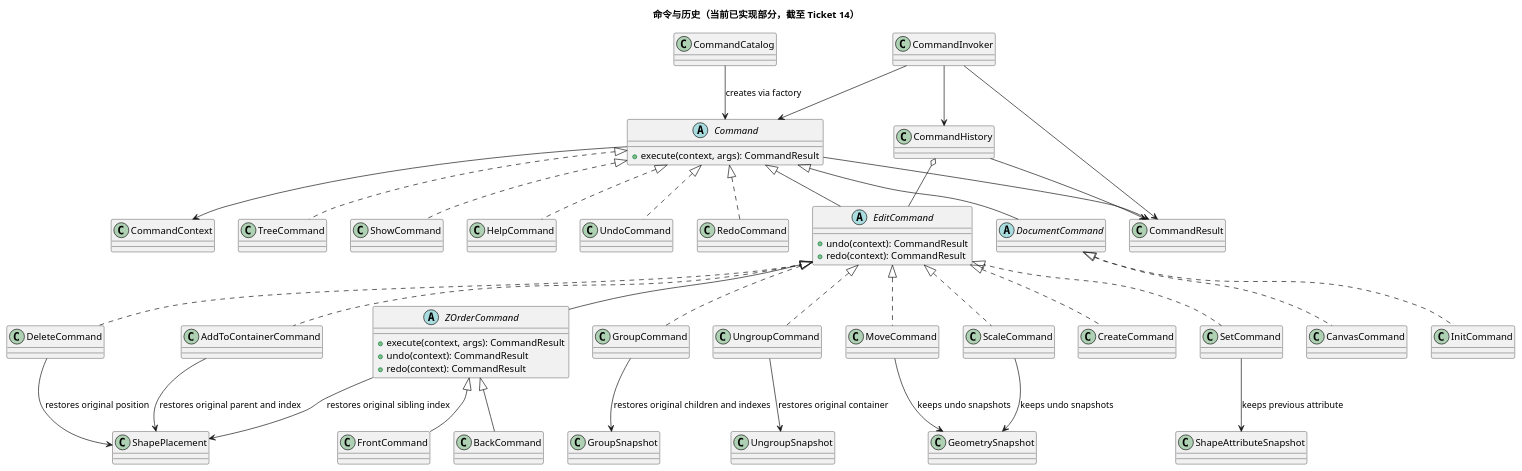
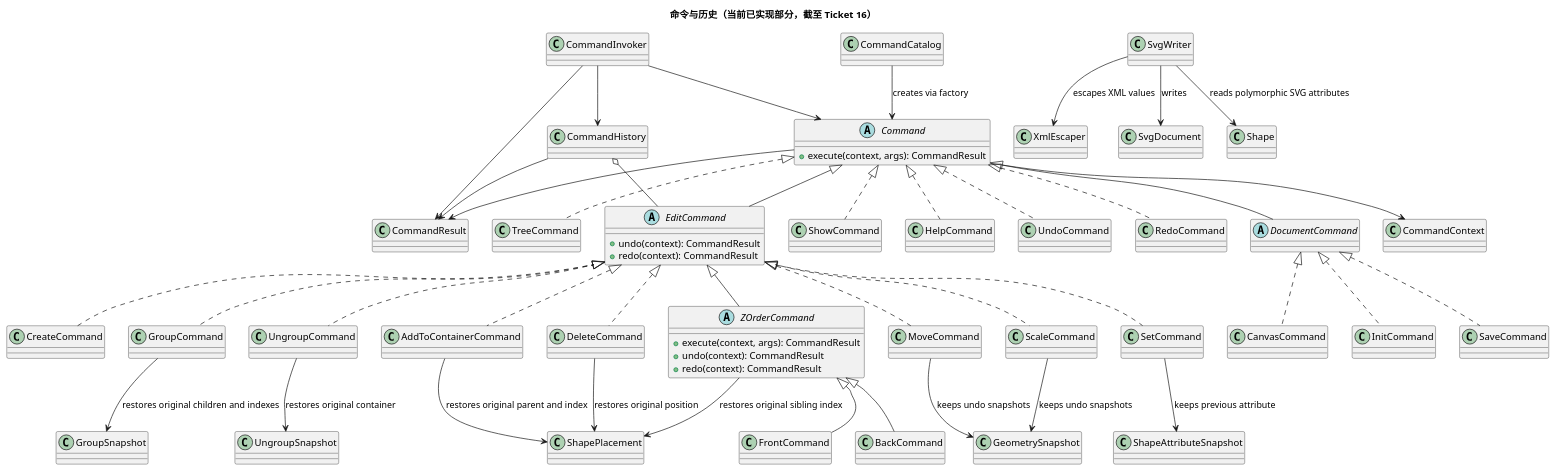
Before and after one commit to NQC233/svg-editor-lab1: the second of 2 diagrams in doc/class-model.puml, drawn with PlantUML. The commit also changed other lines of this file and 7 other files, not shown here.

Commit message:
docs: record ticket 16 save implementation

```diff
--- a/doc/class-model.puml
+++ b/doc/class-model.puml
@@ -126,84 +128,91 @@
 @startuml
-title 命令与历史（当前已实现部分，截至 Ticket 14）
+title 命令与历史（当前已实现部分，截至 Ticket 16）
 
 abstract class Command {
   +execute(context, args): CommandResult
 }
 
 abstract class DocumentCommand
 
 abstract class EditCommand {
   +undo(context): CommandResult
   +redo(context): CommandResult
 }
 
 class CommandResult
 class CommandCatalog
 class CommandInvoker
 class CommandHistory
 class CommandContext
 class ShapePlacement
 class UngroupSnapshot
 class GroupSnapshot
 
 class CreateCommand
 class DeleteCommand
 class GroupCommand
 class UngroupCommand
 class AddToContainerCommand
 abstract class ZOrderCommand {
   +execute(context, args): CommandResult
   +undo(context): CommandResult
   +redo(context): CommandResult
 }
 class FrontCommand
 class BackCommand
 class MoveCommand
 class ScaleCommand
 class SetCommand
 class CanvasCommand
 class InitCommand
+class SaveCommand
 class TreeCommand
 class ShowCommand
 class HelpCommand
 class UndoCommand
 class RedoCommand
+class SvgWriter
+class XmlEscaper
 
 Command <|-- EditCommand
 Command <|-- DocumentCommand
 EditCommand <|.. CreateCommand
 EditCommand <|.. DeleteCommand
 EditCommand <|.. GroupCommand
 EditCommand <|.. UngroupCommand
 EditCommand <|.. AddToContainerCommand
 EditCommand <|-- ZOrderCommand
 ZOrderCommand <|-- FrontCommand
 ZOrderCommand <|-- BackCommand
 EditCommand <|.. MoveCommand
 EditCommand <|.. ScaleCommand
 EditCommand <|.. SetCommand
 DocumentCommand <|.. CanvasCommand
 DocumentCommand <|.. InitCommand
+DocumentCommand <|.. SaveCommand
 Command <|.. TreeCommand
 Command <|.. ShowCommand
 Command <|.. HelpCommand
 Command <|.. UndoCommand
 Command <|.. RedoCommand
+SvgWriter --> SvgDocument : writes
+SvgWriter --> Shape : reads polymorphic SVG attributes
+SvgWriter --> XmlEscaper : escapes XML values
 
 CommandInvoker --> CommandHistory
 CommandInvoker --> Command
 CommandInvoker --> CommandResult
 CommandCatalog --> Command : creates via factory
 CommandHistory o-- EditCommand
 CommandHistory --> CommandResult
 Command --> CommandContext
 Command --> CommandResult
 DeleteCommand --> ShapePlacement : restores original position
 UngroupCommand --> UngroupSnapshot : restores original container
 GroupCommand --> GroupSnapshot : restores original children and indexes
 AddToContainerCommand --> ShapePlacement : restores original parent and index
 ZOrderCommand --> ShapePlacement : restores original sibling index
 MoveCommand --> GeometrySnapshot : keeps undo snapshots
 ScaleCommand --> GeometrySnapshot : keeps undo snapshots
 SetCommand --> ShapeAttributeSnapshot : keeps previous attribute
 @enduml
```
